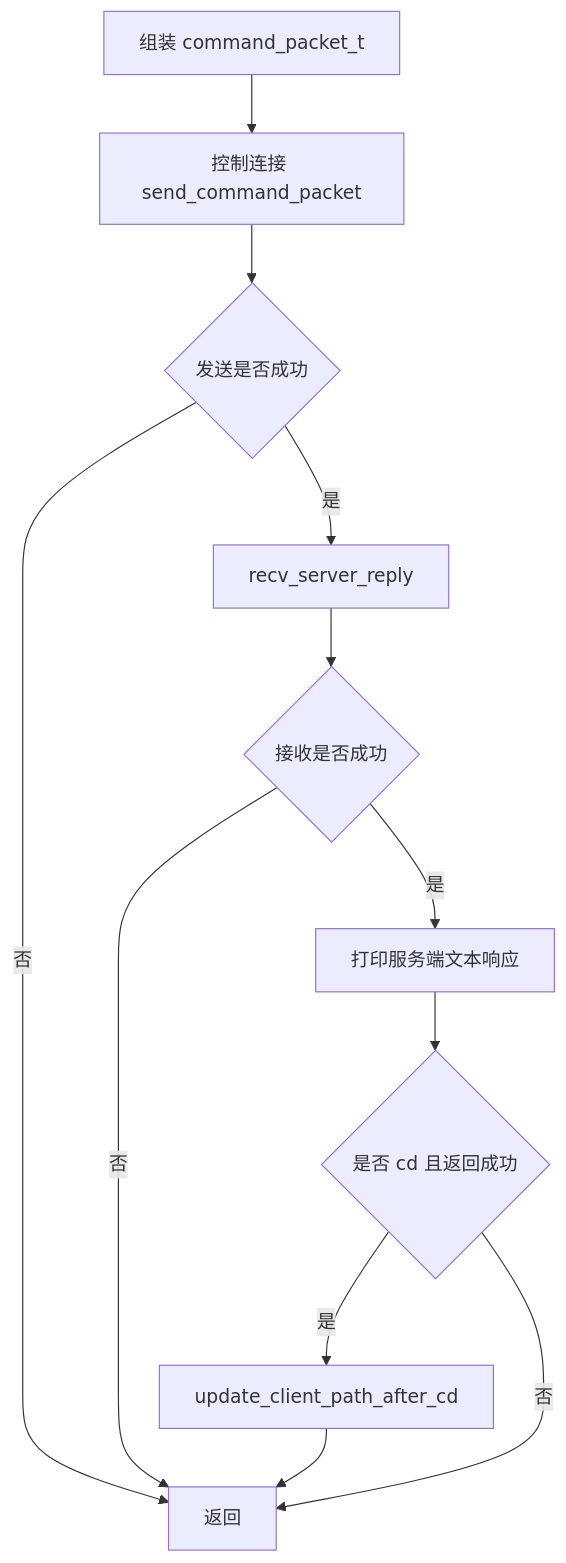
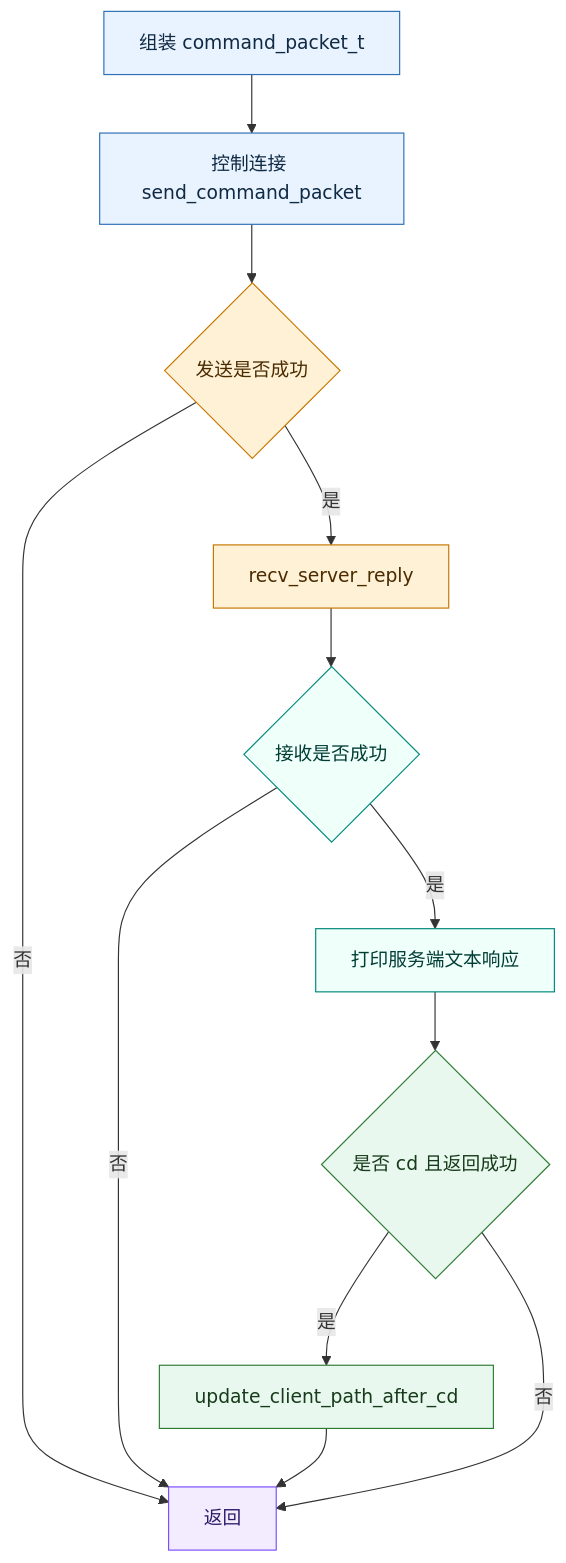
One commit to panlong-studio/WindCloud_V4 changed the seventh of 20 diagrams in docs/V5全流程活动图详解.md. Above: the diagram before and after it, drawn with Mermaid. The commit also changed other lines of this file and 5 other files, not shown here.

````diff
--- a/docs/V5全流程活动图详解.md
+++ b/docs/V5全流程活动图详解.md
@@ -389,20 +468,32 @@
 ```mermaid
 flowchart TD
     N0[组装 command_packet_t]
     N1[控制连接 send_command_packet]
     N2{发送是否成功}
     N3[recv_server_reply]
     N4{接收是否成功}
     N5[打印服务端文本响应]
     N6{是否 cd 且返回成功}
     N7[update_client_path_after_cd]
     N8[返回]
 
     N0 --> N1 --> N2
     N2 -- 否 --> N8
     N2 -- 是 --> N3 --> N4
     N4 -- 否 --> N8
     N4 -- 是 --> N5 --> N6
     N6 -- 是 --> N7 --> N8
     N6 -- 否 --> N8
+    classDef phase1 fill:#E8F3FF,stroke:#2F6FB6,color:#102A43
+    classDef phase2 fill:#FFF1D6,stroke:#C77700,color:#4A2B00
+    classDef phase3 fill:#EFFFFA,stroke:#00897B,color:#003D35
+    classDef phase4 fill:#E9F8EF,stroke:#2E7D32,color:#173B1A
+    classDef phase5 fill:#F3ECFF,stroke:#7C4DFF,color:#2D1B69
+    classDef fail fill:#FFECEC,stroke:#C62828,color:#4A0D0D
+
+    class N0,N1 phase1
+    class N2,N3 phase2
+    class N4,N5 phase3
+    class N6,N7 phase4
+    class N8 phase5
 ```
````
